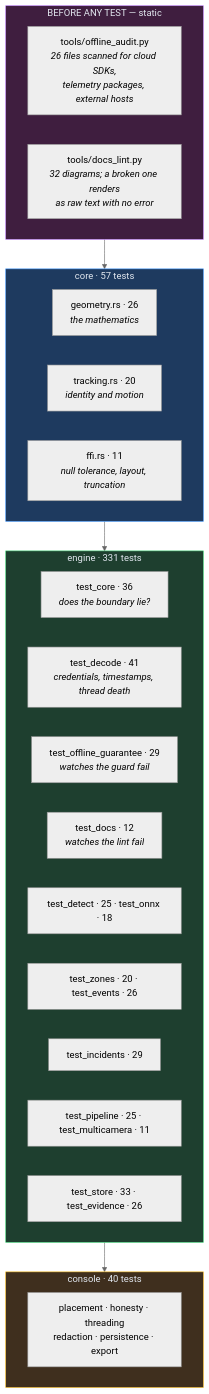
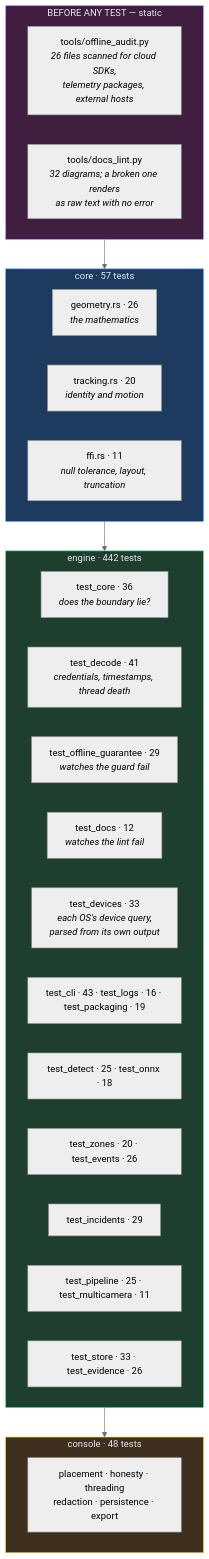
Before and after one commit to haidar-farhat/V.I.G.I.L._Vision_Intelligence_and_Geospatial_ncident_Layer: diagram 15 of 17 in docs/OVERVIEW.md, drawn with Mermaid (neutral theme). The commit also changed other lines of this file and 14 other files, not shown here.

````diff
--- a/docs/OVERVIEW.md
+++ b/docs/OVERVIEW.md
@@ -562,33 +562,35 @@
 ```mermaid
 flowchart TB
     subgraph gate["BEFORE ANY TEST — static"]
         AU["tools/offline_audit.py<br/><i>26 files scanned for cloud SDKs,<br/>telemetry packages, external hosts</i>"]
         DL["tools/docs_lint.py<br/><i>32 diagrams; a broken one renders<br/>as raw text with no error</i>"]
     end
     subgraph rust["core · 57 tests"]
         G["geometry.rs · 26<br/><i>the mathematics</i>"]
         T["tracking.rs · 20<br/><i>identity and motion</i>"]
         F["ffi.rs · 11<br/><i>null tolerance, layout, truncation</i>"]
     end
-    subgraph eng["engine · 331 tests"]
+    subgraph eng["engine · 442 tests"]
         C["test_core · 36<br/><i>does the boundary lie?</i>"]
         DE["test_decode · 41<br/><i>credentials, timestamps, thread death</i>"]
         OG["test_offline_guarantee · 29<br/><i>watches the guard fail</i>"]
         DC["test_docs · 12<br/><i>watches the lint fail</i>"]
+        DV["test_devices · 33<br/><i>each OS's device query,<br/>parsed from its own output</i>"]
+        CL["test_cli · 43 · test_logs · 16 · test_packaging · 19"]
         DT["test_detect · 25 · test_onnx · 18"]
         Z["test_zones · 20 · test_events · 26"]
         IN["test_incidents · 29"]
         P["test_pipeline · 25 · test_multicamera · 11"]
         ST["test_store · 33 · test_evidence · 26"]
     end
-    subgraph con["console · 40 tests"]
+    subgraph con["console · 48 tests"]
         CO["placement · honesty · threading<br/>redaction · persistence · export"]
     end
 
     gate --> rust --> eng --> con
 
     style gate fill:#3f1e3f,stroke:#c084fc,color:#e2e8f0
     style rust fill:#1e3a5f,stroke:#4a9eff,color:#e2e8f0
     style eng fill:#1e3f2f,stroke:#4ade80,color:#e2e8f0
     style con fill:#3f2f1e,stroke:#fbbf24,color:#e2e8f0
 ```
````
